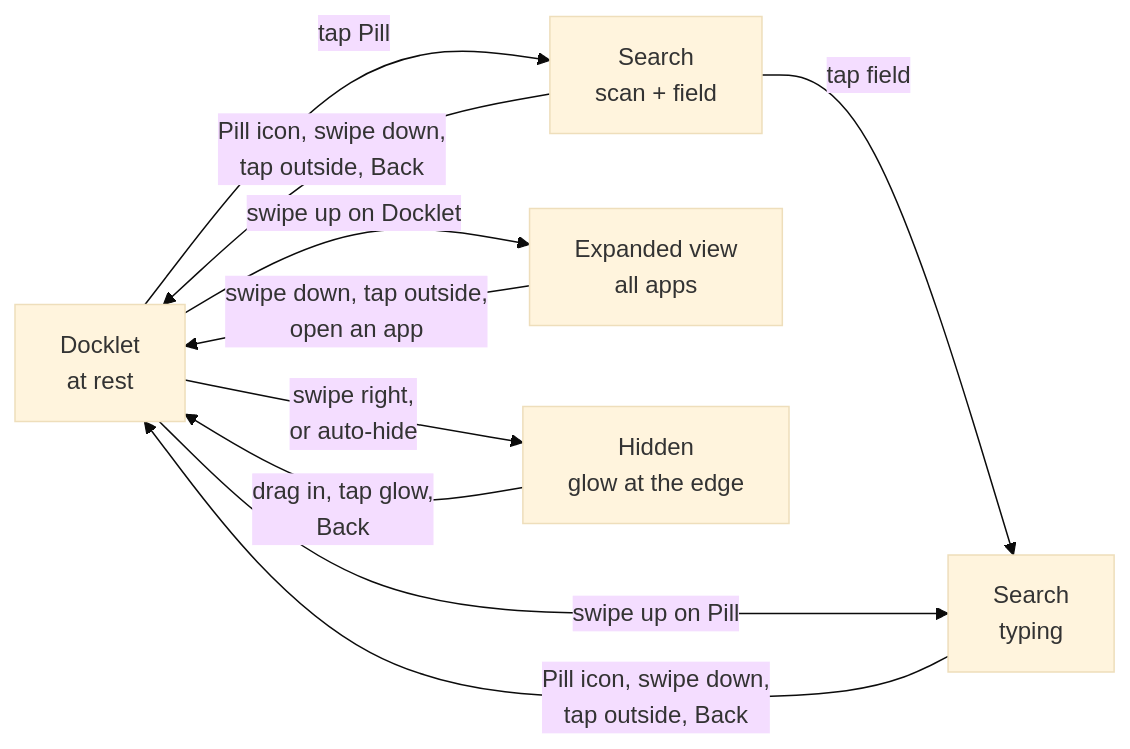
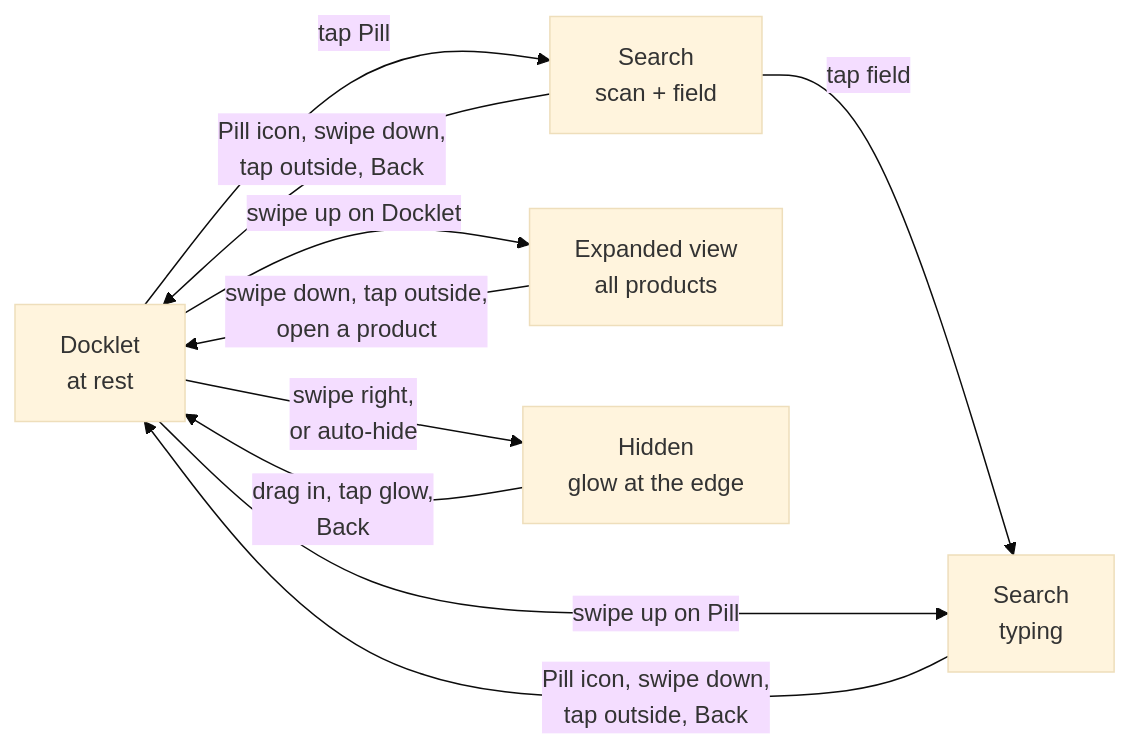
Before and after one commit to SabitKadyr/docklet-playground-src: the diagram in docs/how-it-works/Docklet — how it works.md, drawn with Mermaid (base theme). The commit also changed other lines of this file, not shown here.

Commit message:
Docs: products, not apps, throughout the Docklet page (UI labels kept)

````diff
--- a/docs/how-it-works/Docklet — how it works.md
+++ b/docs/how-it-works/Docklet — how it works.md
@@ -35,11 +35,11 @@
 ```mermaid
 flowchart LR
   Rest["Docklet<br/>at rest"] -- tap Pill --> S1["Search<br/>scan + field"]
   S1 -- tap field --> S2["Search<br/>typing"]
   Rest -- swipe up on Pill --> S2
   S1 & S2 -- "Pill icon, swipe down,<br/>tap outside, Back" --> Rest
-  Rest -- swipe up on Docklet --> X["Expanded view<br/>all apps"]
-  X -- "swipe down, tap outside,<br/>open an app" --> Rest
+  Rest -- swipe up on Docklet --> X["Expanded view<br/>all products"]
+  X -- "swipe down, tap outside,<br/>open a product" --> Rest
   Rest -- "swipe right,<br/>or auto-hide" --> H["Hidden<br/>glow at the edge"]
   H -- "drag in, tap glow,<br/>Back" --> Rest
 ```
````
